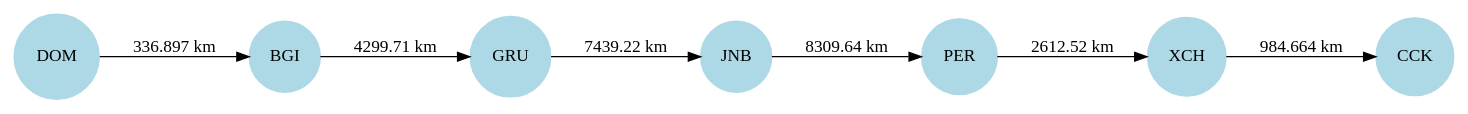
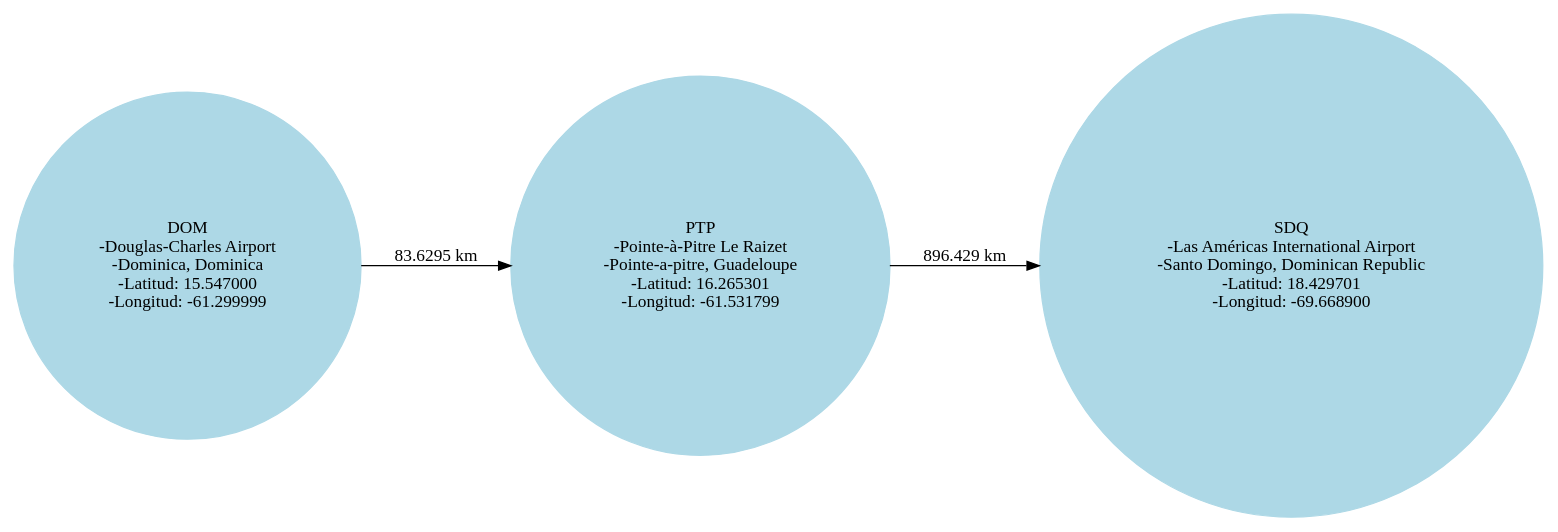
Before and after one commit to AKKO98/LABORATORIO-2-ED2: the diagram in camino.dot, drawn with Graphviz. The commit also changed 3 other files, not shown here.

```diff
--- a/camino.dot
+++ b/camino.dot
@@ -1,10 +1,6 @@
 digraph G {
 rankdir=LR;
 node [shape=circle, style=filled, color=lightblue];
-"DOM" -> "BGI" [label="336.897 km"];
-"BGI" -> "GRU" [label="4299.71 km"];
-"GRU" -> "JNB" [label="7439.22 km"];
-"JNB" -> "PER" [label="8309.64 km"];
-"PER" -> "XCH" [label="2612.52 km"];
-"XCH" -> "CCK" [label="984.664 km"];
+"DOM\n -Douglas-Charles Airport\n -Dominica, Dominica\n -Latitud: 15.547000\n-Longitud: -61.299999" -> "PTP\n -Pointe-à-Pitre Le Raizet\n -Pointe-a-pitre, Guadeloupe\n -Latitud: 16.265301\n-Longitud: -61.531799" [label="83.6295 km"];
+"PTP\n -Pointe-à-Pitre Le Raizet\n -Pointe-a-pitre, Guadeloupe\n -Latitud: 16.265301\n-Longitud: -61.531799" -> "SDQ\n -Las Américas International Airport\n -Santo Domingo, Dominican Republic\n -Latitud: 18.429701\n-Longitud: -69.668900" [label="896.429 km"];
 }
```
